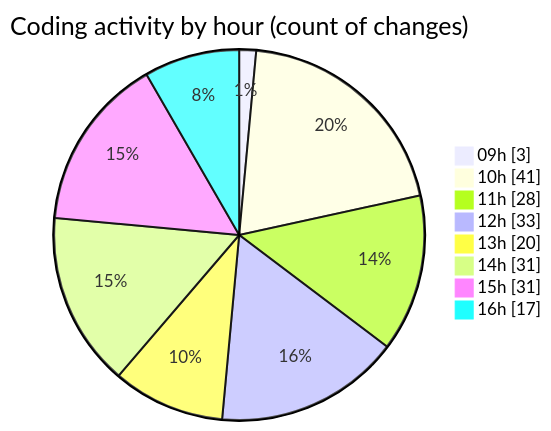
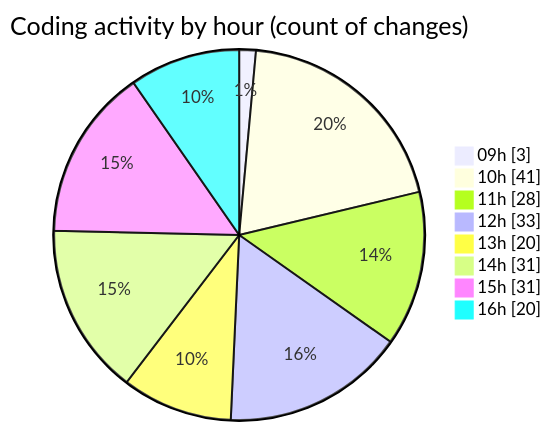
One commit to CELIANVF/code-tracking changed the second of 2 diagrams in 2025-05-19/ecodeli-1/README.md. Above: the diagram before and after it, drawn with Mermaid. The commit also changed other lines of this file and 1 other file, not shown here.

````diff
--- a/2025-05-19/ecodeli-1/README.md
+++ b/2025-05-19/ecodeli-1/README.md
@@ -90,12 +90,12 @@
 ```mermaid
 pie showData
 title Coding activity by hour (count of changes)
 "09h" : 3
 "10h" : 41
 "11h" : 28
 "12h" : 33
 "13h" : 20
 "14h" : 31
 "15h" : 31
-"16h" : 17
+"16h" : 20
 ```
````
